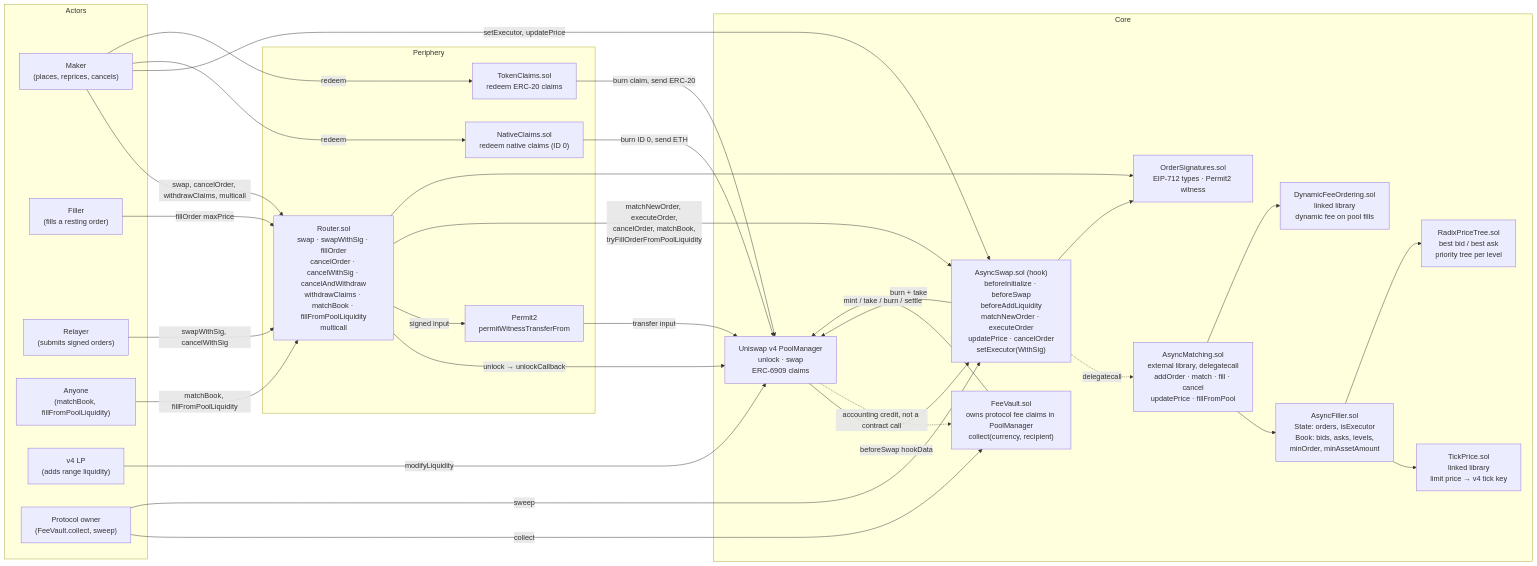
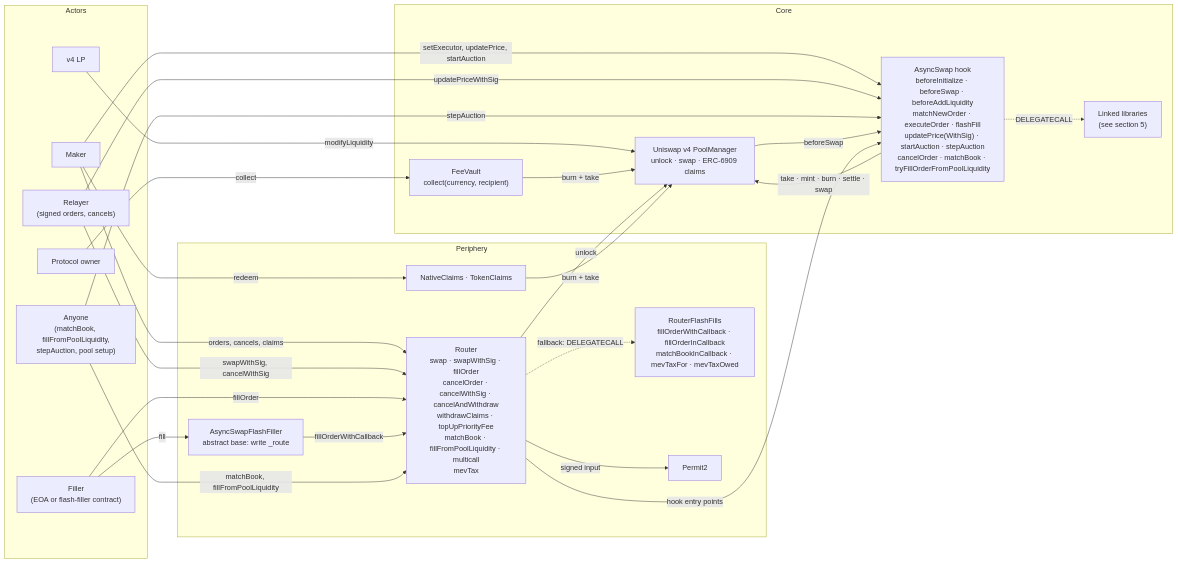
The first of 6 diagrams in docs/protocol.md (asyncswap/contracts), drawn with Mermaid before and after one commit. The commit also changed other lines of this file and 10 other files, not shown here.

Commit message:
Docs: refactor for v2.2.0 (flash fills, MEV tax, Dutch auctions, module layout) (#106)

````diff
--- a/docs/protocol.md
+++ b/docs/protocol.md
@@ -11,59 +27,49 @@
 ```mermaid
 flowchart LR
     subgraph Actors
-        Maker["Maker<br/>(places, reprices, cancels)"]
-        Filler["Filler<br/>(fills a resting order)"]
-        Relayer["Relayer<br/>(submits signed orders)"]
-        Keeper["Anyone<br/>(matchBook, fillFromPoolLiquidity)"]
-        LP["v4 LP<br/>(adds range liquidity)"]
-        Owner["Protocol owner<br/>(FeeVault.collect, sweep)"]
+        Maker["Maker"]
+        Relayer["Relayer<br/>(signed orders, cancels)"]
+        Filler["Filler<br/>(EOA or flash-filler contract)"]
+        Anyone["Anyone<br/>(matchBook, fillFromPoolLiquidity,<br/>stepAuction, pool setup)"]
+        LP["v4 LP"]
+        Owner["Protocol owner"]
     end
 
     subgraph Periphery
-        Router["Router.sol<br/>swap · swapWithSig · fillOrder<br/>cancelOrder · cancelWithSig · cancelAndWithdraw<br/>withdrawClaims · matchBook · fillFromPoolLiquidity<br/>multicall"]
-        Permit2["Permit2<br/>permitWitnessTransferFrom"]
-        NativeClaims["NativeClaims.sol<br/>redeem native claims (ID 0)"]
-        TokenClaims["TokenClaims.sol<br/>redeem ERC-20 claims"]
+        Router["Router<br/>swap · swapWithSig · fillOrder<br/>cancelOrder · cancelWithSig · cancelAndWithdraw<br/>withdrawClaims · topUpPriorityFee<br/>matchBook · fillFromPoolLiquidity · multicall<br/>mevTax"]
+        RFF["RouterFlashFills<br/>fillOrderWithCallback · fillOrderInCallback<br/>matchBookInCallback · mevTaxFor · mevTaxOwed"]
+        Base["AsyncSwapFlashFiller<br/>abstract base: write _route"]
+        Permit2["Permit2"]
+        Claims["NativeClaims · TokenClaims"]
     end
 
     subgraph Core
-        PM["Uniswap v4 PoolManager<br/>unlock · swap<br/>ERC-6909 claims"]
-        Hook["AsyncSwap.sol (hook)<br/>beforeInitialize · beforeSwap<br/>beforeAddLiquidity<br/>matchNewOrder · executeOrder<br/>updatePrice · cancelOrder<br/>setExecutor(WithSig)"]
-        Matching["AsyncMatching.sol<br/>external library, delegatecall<br/>addOrder · match · fill · cancel<br/>updatePrice · fillFromPool"]
-        DFO["DynamicFeeOrdering.sol<br/>linked library<br/>dynamic fee on pool fills"]
-        Filler_["AsyncFiller.sol<br/>State: orders, isExecutor<br/>Book: bids, asks, levels,<br/>minOrder, minAssetAmount"]
-        Tick["TickPrice.sol<br/>linked library<br/>limit price → v4 tick key"]
-        Radix["RadixPriceTree.sol<br/>best bid / best ask<br/>priority tree per level"]
-        Sigs["OrderSignatures.sol<br/>EIP-712 types · Permit2 witness"]
-        Vault["FeeVault.sol<br/>owns protocol fee claims in PoolManager<br/>collect(currency, recipient)"]
+        PM["Uniswap v4 PoolManager<br/>unlock · swap · ERC-6909 claims"]
+        Hook["AsyncSwap hook<br/>beforeInitialize · beforeSwap · beforeAddLiquidity<br/>matchNewOrder · executeOrder · flashFill<br/>updatePrice(WithSig) · startAuction · stepAuction<br/>cancelOrder · matchBook · tryFillOrderFromPoolLiquidity"]
+        Libs["Linked libraries<br/>(see section 5)"]
+        Vault["FeeVault<br/>collect(currency, recipient)"]
     end
 
-    Maker -->|swap, cancelOrder, withdrawClaims, multicall| Router
-    Maker -->|setExecutor, updatePrice| Hook
+    Maker -->|orders, cancels, claims| Router
+    Maker -->|setExecutor, updatePrice, startAuction| Hook
     Relayer -->|swapWithSig, cancelWithSig| Router
-    Filler -->|fillOrder maxPrice| Router
-    Keeper -->|matchBook, fillFromPoolLiquidity| Router
+    Relayer -->|updatePriceWithSig| Hook
+    Filler -->|fillOrder| Router
+    Filler -->|fill| Base
+    Base -->|fillOrderWithCallback| Router
+    Router -.->|fallback: DELEGATECALL| RFF
+    Anyone -->|matchBook, fillFromPoolLiquidity| Router
+    Anyone -->|stepAuction| Hook
     LP -->|modifyLiquidity| PM
     Owner -->|collect| Vault
-    Owner -->|sweep| Hook
 
-    Router -->|unlock → unlockCallback| PM
+    Router -->|unlock| PM
     Router -->|signed input| Permit2
-    Permit2 -->|transfer input| PM
-    PM -->|beforeSwap hookData| Hook
-    Router -->|matchNewOrder, executeOrder,<br/>cancelOrder, matchBook,<br/>tryFillOrderFromPoolLiquidity| Hook
-    Hook -.->|delegatecall| Matching
-    Matching --> Filler_
-    Matching --> DFO
-    Filler_ --> Tick
-    Filler_ --> Radix
-    Hook --> Sigs
-    Router --> Sigs
-    Hook -->|mint / take / burn / settle| PM
-    PM -.->|accounting credit, not a contract call| Vault
+    PM -->|beforeSwap| Hook
+    Router -->|hook entry points| Hook
+    Hook -.->|DELEGATECALL| Libs
+    Hook -->|take · mint · burn · settle · swap| PM
     Vault -->|burn + take| PM
-    Maker -->|redeem| NativeClaims
-    NativeClaims -->|burn ID 0, send ETH| PM
-    Maker -->|redeem| TokenClaims
-    TokenClaims -->|burn claim, send ERC-20| PM
+    Maker -->|redeem| Claims
+    Claims -->|burn + take| PM
 ```
````
